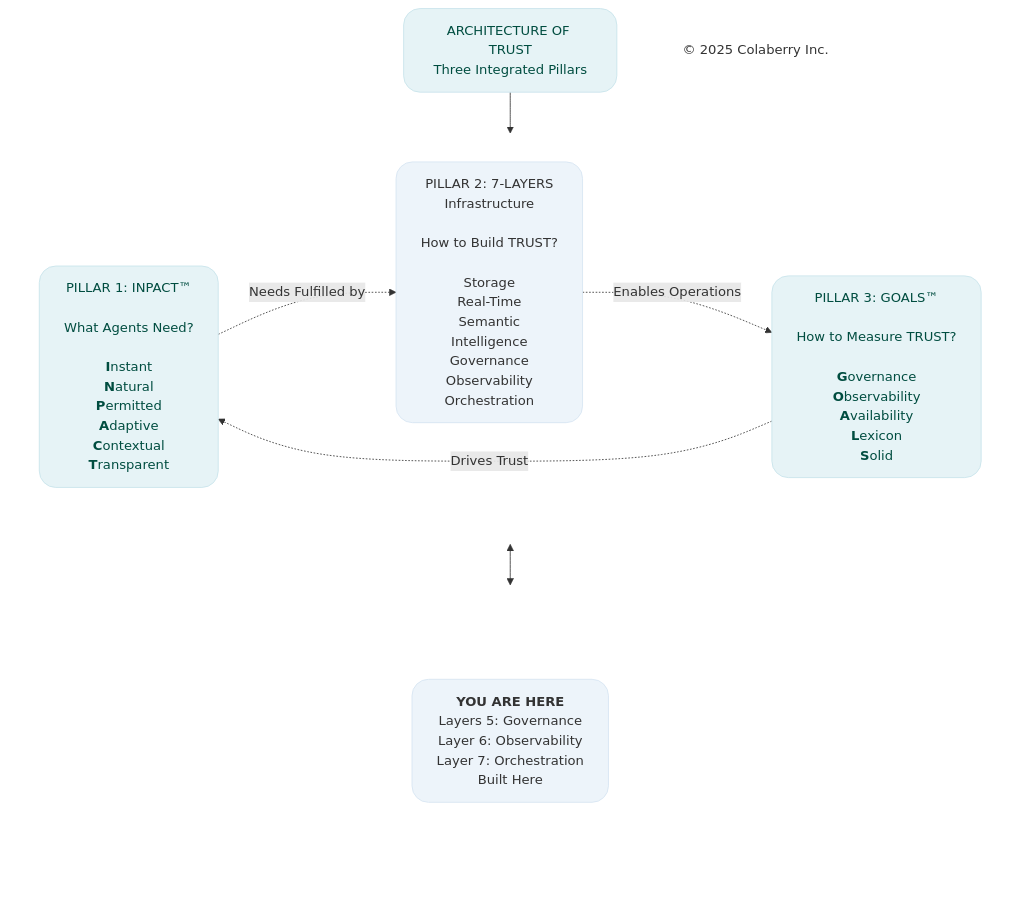
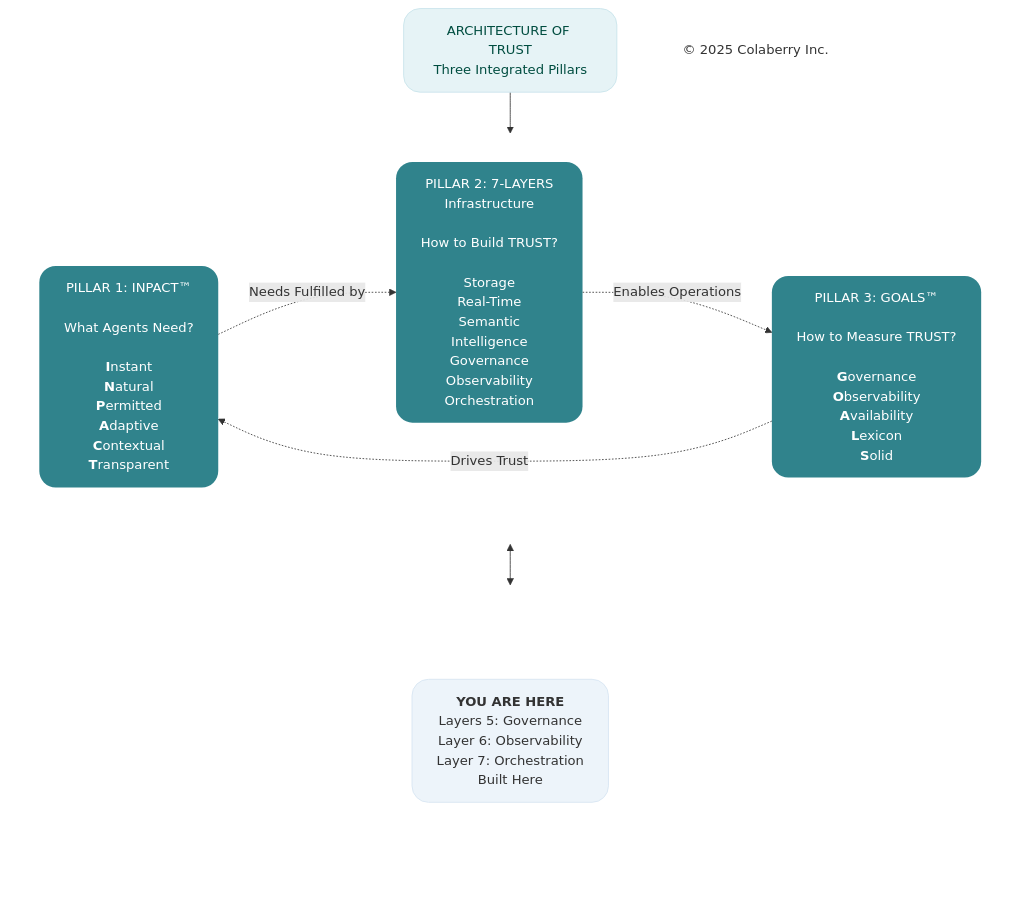
Before and after one commit to saitejesh-cyber/trust-before-intelligence-book: the diagram in mermaid-source/figure-6-2.mmd, drawn with Mermaid. The commit also changed other lines of this file and 21 other files, not shown here.

Commit message:
Address Ram feedback for Chapter 4-9 figure palette alignment

```diff
--- a/mermaid-source/figure-6-2.mmd
+++ b/mermaid-source/figure-6-2.mmd
@@ -1,41 +1,41 @@
 
 
 
 graph TB
     Title["ARCHITECTURE OF TRUST<br/>Three Integrated Pillars"]
     
     subgraph PILLARS[" "]
         direction LR
         INPACT["`PILLAR 1: INPACT™<br/><br/>What Agents Need?<br/><br/>**I**nstant<br/>**N**atural<br/>**P**ermitted<br/>**A**daptive<br/>**C**ontextual<br/>**T**ransparent`"]
         
         Layers["PILLAR 2: 7-LAYERS<br/>Infrastructure<br/><br/>How to Build TRUST?<br/><br/>Storage<br/>Real-Time<br/>Semantic<br/>Intelligence<br/>Governance<br/>Observability<br/>Orchestration"]
         
         GOALS["`PILLAR 3: GOALS™<br/><br/>How to Measure TRUST?<br/><br/>**G**overnance<br/>**O**bservability<br/>**A**vailability<br/>**L**exicon<br/>**S**olid`"]
     end
     
     subgraph INDICATOR[" "]
         direction LR
         Spacer1[" "]
         YouAreHere["<b>YOU ARE HERE</b><br/>Layers 5: Governance <br/> Layer 6: Observability<br/> Layer 7: Orchestration<br/> Built Here"]
         Spacer2[" "]
     end
     
     Copyright["© 2025 Colaberry Inc."]
     
     Title --> PILLARS
     PILLARS <--> INDICATOR
     
     INPACT -.->|"Needs Fulfilled by"| Layers
     Layers -.->|"Enables Operations"| GOALS
     GOALS -.->|"Drives Trust"| INPACT
 
     style Title fill:#e6f3f6,stroke:#c7e3ea,stroke-width:1px,color:#004d40,rx:20,ry:20
     style PILLARS fill:none,stroke:none
     style INDICATOR fill:none,stroke:none
-    style INPACT fill:#e6f3f6,stroke:#c7e3ea,stroke-width:1px,color:#004d40,rx:20,ry:20
-    style Layers fill:#edf4fa,stroke:#d6e4f2,stroke-width:1px,color:#333333,rx:20,ry:20
-    style GOALS fill:#e6f3f6,stroke:#c7e3ea,stroke-width:1px,color:#004d40,rx:20,ry:20
+    style INPACT fill:#30838C,stroke:none,color:#ffffff,rx:20,ry:20
+    style Layers fill:#30838C,stroke:none,color:#ffffff,rx:20,ry:20
+    style GOALS fill:#30838C,stroke:none,color:#ffffff,rx:20,ry:20
     style Spacer1 fill:none,stroke:none,color:transparent
     style YouAreHere fill:#edf4fa,stroke:#d6e4f2,stroke-width:1px,color:#333333,rx:20,ry:20
     style Spacer2 fill:none,stroke:none,color:transparent
     style Copyright fill:none,stroke:none,color:#333333
```
